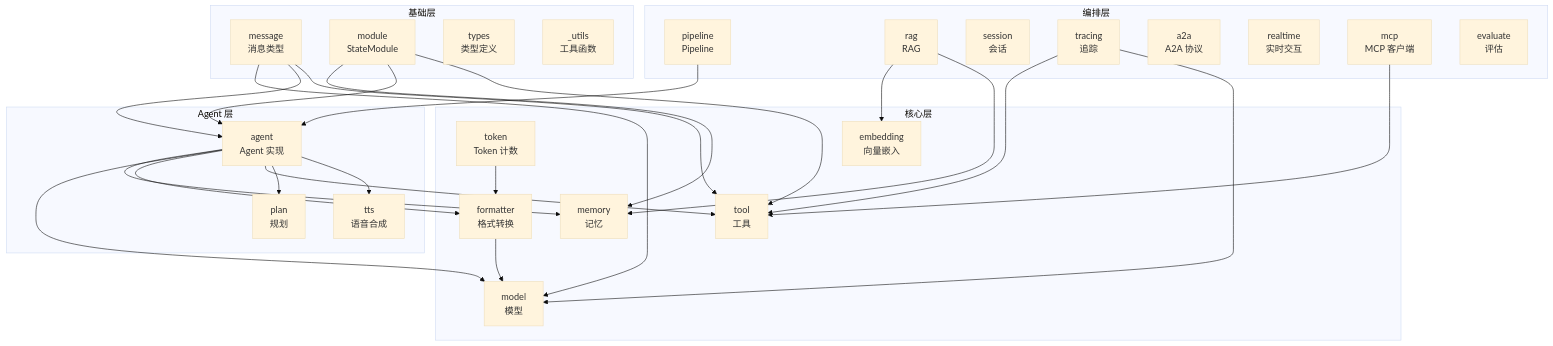
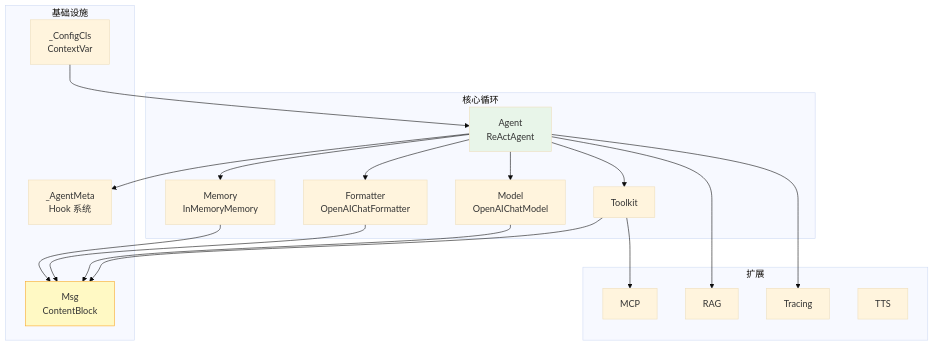
One commit to agentscope-ai/agentscope changed the diagram in teaching/book/volume-4-why/ch36-panorama.md. Above: the diagram before and after it, drawn with Mermaid (base theme). The commit also changed other lines of this file and 7 other files, not shown here.

````diff
--- a/teaching/book/volume-4-why/ch36-panorama.md
+++ b/teaching/book/volume-4-why/ch36-panorama.md
@@ -11,60 +11,43 @@
 ```mermaid
-flowchart TD
-    subgraph "基础层"
-        MSG["message<br/>消息类型"]
-        MOD["module<br/>StateModule"]
-        TYP["types<br/>类型定义"]
-        UTL["_utils<br/>工具函数"]
+graph TB
+    subgraph 核心循环
+        Agent["Agent<br/>ReActAgent"]
+        Memory["Memory<br/>InMemoryMemory"]
+        Formatter["Formatter<br/>OpenAIChatFormatter"]
+        Model["Model<br/>OpenAIChatModel"]
+        Toolkit["Toolkit"]
     end
 
-    subgraph "核心层"
-        MEM["memory<br/>记忆"]
-        MOD2["model<br/>模型"]
-        FMT["formatter<br/>格式转换"]
-        TOK["token<br/>Token 计数"]
-        TOL["tool<br/>工具"]
-        EMB["embedding<br/>向量嵌入"]
+    subgraph 基础设施
+        Msg["Msg<br/>ContentBlock"]
+        Config["_ConfigCls<br/>ContextVar"]
+        Hooks["_AgentMeta<br/>Hook 系统"]
     end
 
-    subgraph "Agent 层"
-        AGT["agent<br/>Agent 实现"]
-        PLN["plan<br/>规划"]
-        TTS["tts<br/>语音合成"]
+    subgraph 扩展
+        MCP["MCP"]
+        RAG["RAG"]
+        Tracing["Tracing"]
+        TTS["TTS"]
     end
 
-    subgraph "编排层"
-        PIP["pipeline<br/>Pipeline"]
-        RAG["rag<br/>RAG"]
-        SES["session<br/>会话"]
-        TRC["tracing<br/>追踪"]
-        A2A["a2a<br/>A2A 协议"]
-        RLT["realtime<br/>实时交互"]
-        MCP["mcp<br/>MCP 客户端"]
-        EVL["evaluate<br/>评估"]
-    end
+    Agent --> Memory
+    Agent --> Formatter
+    Agent --> Model
+    Agent --> Toolkit
 
-    MSG --> MOD2
-    MSG --> AGT
-    MSG --> TOL
+    Memory --> Msg
+    Formatter --> Msg
+    Model --> Msg
+    Toolkit --> Msg
 
-    MOD --> MEM
-    MOD --> AGT
-    MOD --> TOL
+    Agent --> Hooks
+    Config --> Agent
 
-    FMT --> MOD2
-    TOK --> FMT
+    Toolkit --> MCP
+    Agent --> RAG
+    Agent --> Tracing
 
-    AGT --> MEM
-    AGT --> MOD2
-    AGT --> FMT
-    AGT --> TOL
-    AGT --> PLN
-    AGT --> TTS
-
-    PIP --> AGT
-    RAG --> EMB
-    RAG --> MEM
-    TRC --> TOL
-    TRC --> MOD2
-    MCP --> TOL
+    style Msg fill:#fff9c4,stroke:#f9a825
+    style Agent fill:#e8f5e9
 ```
````
